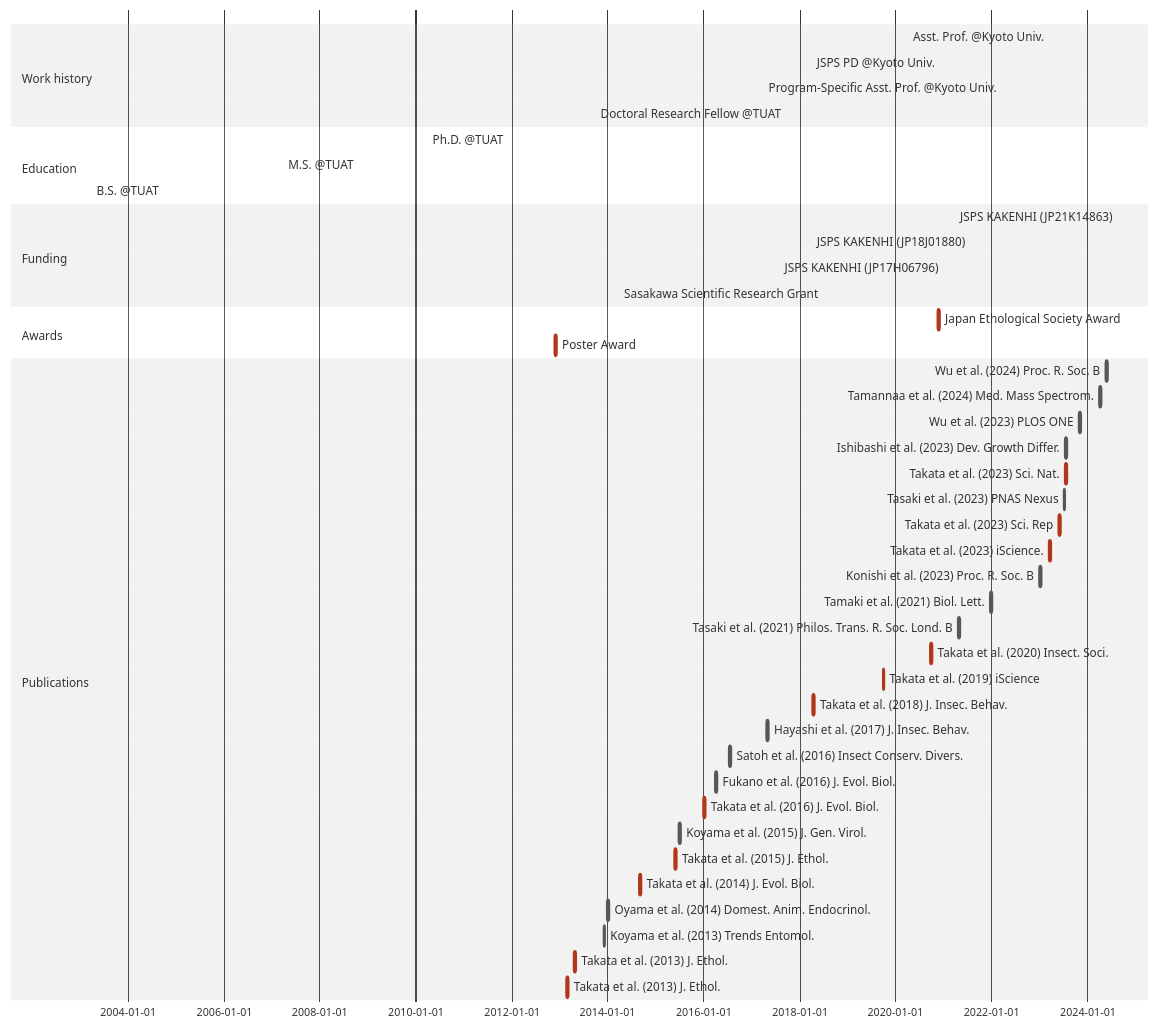
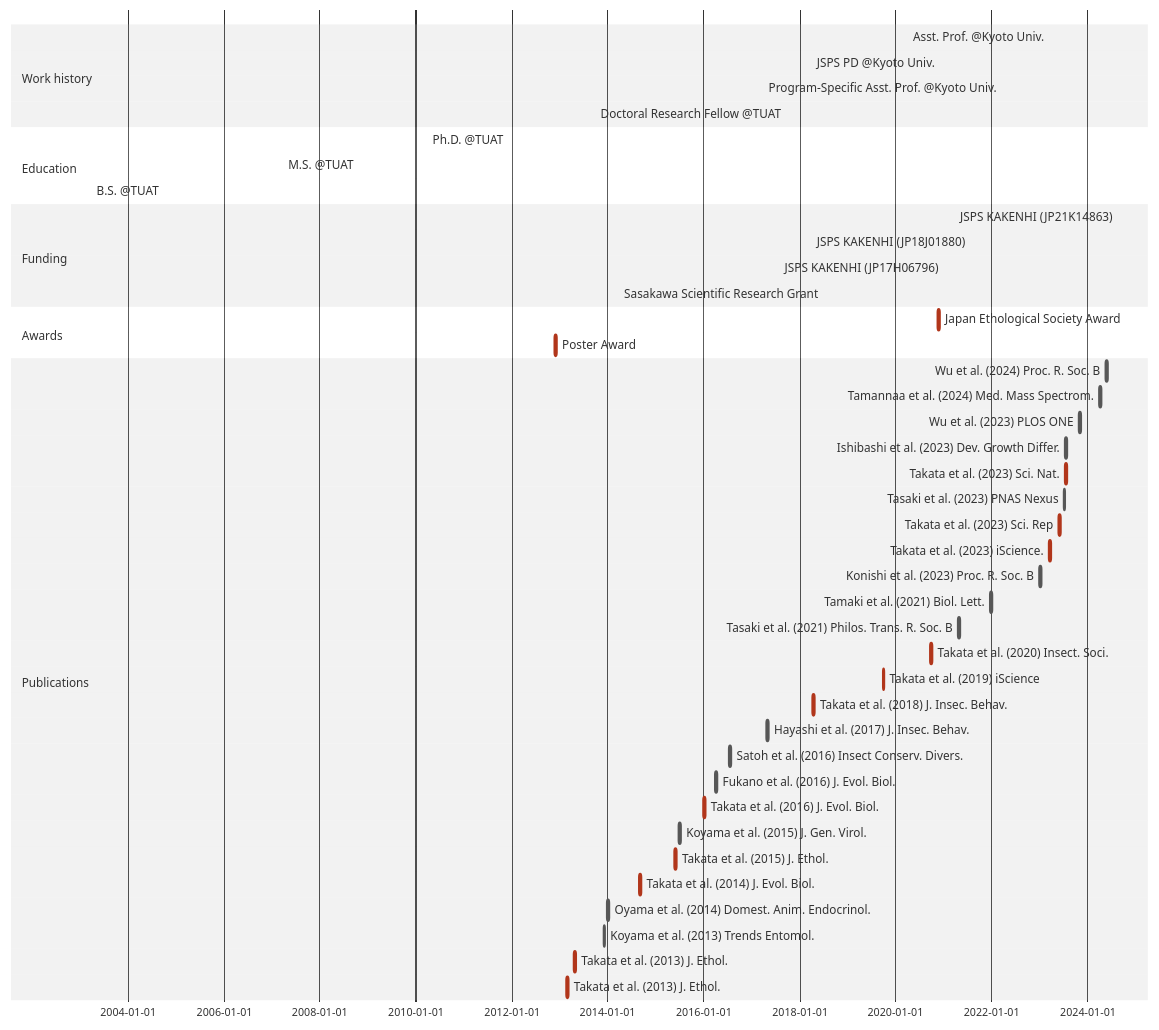
One commit to MamoruTakata/MamoruTakata.github.io changed the diagram in _includes/mermaid-cv.md. Above: the diagram before and after it, drawn with Mermaid (neutral theme).

````diff
--- a/_includes/mermaid-cv.md
+++ b/_includes/mermaid-cv.md
@@ -1,50 +1,50 @@
 ```mermaid
 gantt
 section Work history
   Asst. Prof. @Kyoto Univ.                      : active, Asst. Prof., 2020-04-01, 2026-03-31
   JSPS PD @Kyoto Univ.                          : active, PD, 2018-04-01, 2020-03-31
   Program-Specific Asst. Prof. @Kyoto Univ.     : active, Program-Specific Asst. Prof., 2017-04-01, 2018-03-31
   Doctoral Research Fellow @TUAT                : active, Program-Specific Asst. Prof., 2013-10-01, 2017-03-31
 
 section Education
   Ph.D. @TUAT    : Ph.D., 2010-04-01, 2013-09-18
   M.S. @TUAT     : M.S., 2007-04-01, 2010-03-31
   B.S. @TUAT     : B.S., 2003-04-01, 2007-03-31
 
 section Funding
   JSPS KAKENHI (JP21K14863)                     : active, grant_young, 2021-04-01, 2026-03-31
   JSPS KAKENHI (JP18J01880)                     : active, grant_PD, 2018-04-01, 2021-03-31
   JSPS KAKENHI (JP17H06796)                     : active, grant_start, 2017-08-01, 2018-03-31
   Sasakawa Scientific Research Grant            : active, grant_Sasagawa, 2014-04-01, 2015-03-31
 
 section Awards
   Japan Ethological Society Award               : crit, aw_2, 2020-11-21, 2w
   Poster Award                                  : crit, aw_1, 2012-11-24, 2w
 
 section Publications
   Wu et al. (2024) Proc. R. Soc. B              :       Wu et al. 2024, 2024-05-22, 2w
   Tamannaa et al. (2024) Med. Mass Spectrom.    :       Tamannaa et al. 2024, 2024-04-01, 2w
   Wu et al. (2023) PLOS ONE                     :       Wu et al. 2023, 2023-11-02, 2w
   Ishibashi et al. (2023) Dev. Growth Differ.   :       Ishibashi et al. 2023, 2023-07-18, 2w
   Takata et al. (2023) Sci. Nat.                : crit, Takata et al. 2023c, 2023-07-17, 2w
   Tasaki et al. (2023) PNAS Nexus               :       Tasaki et al. 2023, 2023-07-04, 2w
   Takata et al. (2023) Sci. Rep                 : crit, Takata et al. 2023b, 2023-05-31, 2w
   Takata et al. (2023) iScience.                : crit, Takata et al. 2023a, 2023-03-17, 2w
   Konishi et al. (2023) Proc. R. Soc. B         :       Konishi et al. 2023, 2023-01-04, 2w
   Tamaki et al. (2021) Biol. Lett.              :       Tamaki et al. 2021, 2021-12-22, 2w
-  Tasaki et al. (2021) Philos. Trans. R. Soc. Lond. B : Tasaki et al. 2021, 2021-04-26, 2w
+  Tasaki et al. (2021) Philos. Trans. R. Soc. B :       Tasaki et al. 2021, 2021-04-26, 2w
   Takata et al. (2020) Insect. Soci.            : crit, Takata et al. 2020, 2020-09-22, 2w
   Takata et al. (2019) iScience                 : crit, Takata et al. 2019, 2019-09-27, 2w
   Takata et al. (2018) J. Insec. Behav.         : crit, Takata et al. 2018, 2018-04-14, 2w
   Hayashi et al. (2017) J. Insec. Behav.        :       Hayashi et al. 2017, 2017-04-29, 2w
   Satoh et al. (2016) Insect Conserv. Divers.   :       Satoh et al. 2016, 2016-07-16, 2w
   Fukano et al. (2016) J. Evol. Biol.           :       Fukano et al. 2016, 2016-04-01, 2w
   Takata et al. (2016) J. Evol. Biol.           : crit, Takata et al. 2016, 2016-01-01, 2w
   Koyama et al. (2015) J. Gen. Virol.           :       Koyama et al. 2015, 2015-07-01, 2w
   Takata et al. (2015) J. Ethol.                : crit, Takata et al. 2015, 2015-05-28, 2w
   Takata et al. (2014) J. Evol. Biol.           : crit, Takata et al. 2014, 2014-09-01, 2w
   Oyama et al. (2014) Domest. Anim. Endocrinol. :       Oyama et al. 2014, 2014-01-01, 2w
   Koyama et al. (2013) Trends Entomol.          :       Koyama et al. 2013, 2013-12-01, 2w
   Takata et al. (2013) J. Ethol.                : crit, Takata et al. 2015b, 2013-04-21, 2w
   Takata et al. (2013) J. Ethol.                : crit, Takata et al. 2015a, 2013-02-23, 2w
 ```
````
